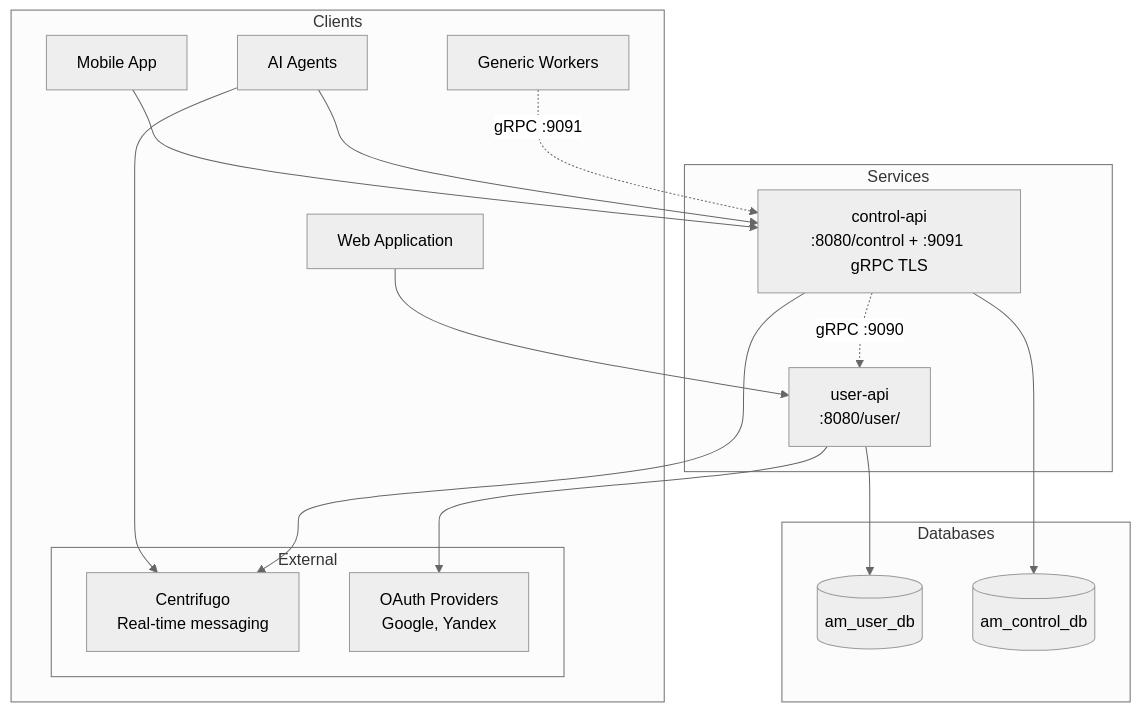
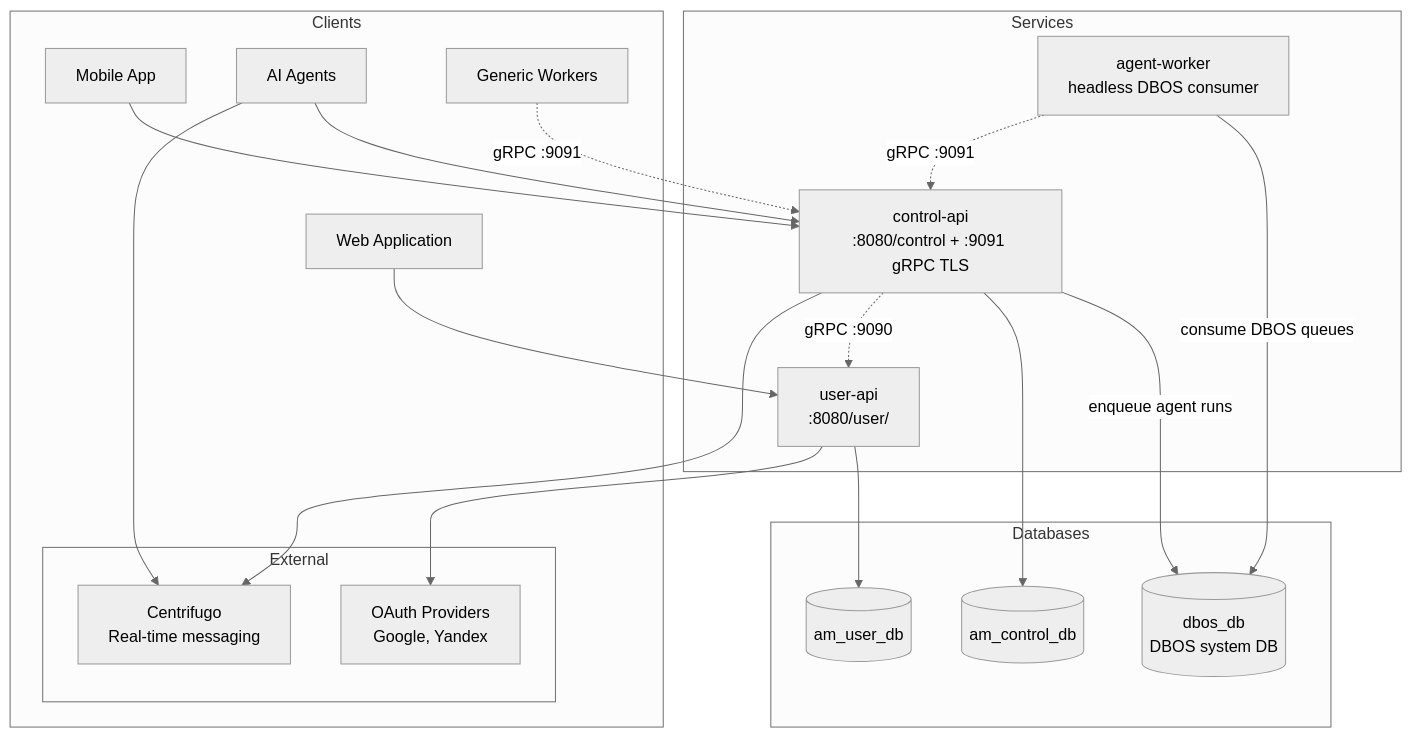
One commit to AgiMateIo/agimate-backend changed the diagram in docs/architecture.md. Above: the diagram before and after it, drawn with Mermaid (neutral theme). The commit also changed other lines of this file and 13 other files, not shown here.

First line of the commit message:
fix(agent-worker): review follow-ups

````diff
--- a/docs/architecture.md
+++ b/docs/architecture.md
@@ -5,38 +5,43 @@
 ```mermaid
 graph TB
     subgraph "Clients"
         WebApp[Web Application]
         MobileApp[Mobile App]
         External[External Systems]
         Agents[AI Agents]
         Workers[Generic Workers]
     end
 
     subgraph "Services"
         UserAPI[user-api<br/>:8080/user/]
         ControlAPI[control-api<br/>:8080/control + :9091 gRPC TLS]
+        AgentWorker[agent-worker<br/>headless DBOS consumer]
     end
 
     subgraph "Databases"
         UserDB[(am_user_db)]
         ControlDB[(am_control_db)]
+        DbosDB[(dbos_db<br/>DBOS system DB)]
     end
 
     subgraph "External"
         Centrifugo[Centrifugo<br/>Real-time messaging]
         OAuth[OAuth Providers<br/>Google, Yandex]
     end
 
     WebApp --> UserAPI
     MobileApp --> ControlAPI
     Agents --> ControlAPI
     Agents --> Centrifugo
     Workers -.->|gRPC :9091| ControlAPI
 
     UserAPI --> UserDB
     ControlAPI --> ControlDB
+    ControlAPI -->|enqueue agent runs| DbosDB
+    AgentWorker -->|consume DBOS queues| DbosDB
+    AgentWorker -.->|gRPC :9091| ControlAPI
 
     UserAPI --> OAuth
     ControlAPI --> Centrifugo
     ControlAPI -.->|gRPC :9090| UserAPI
 ```
````
